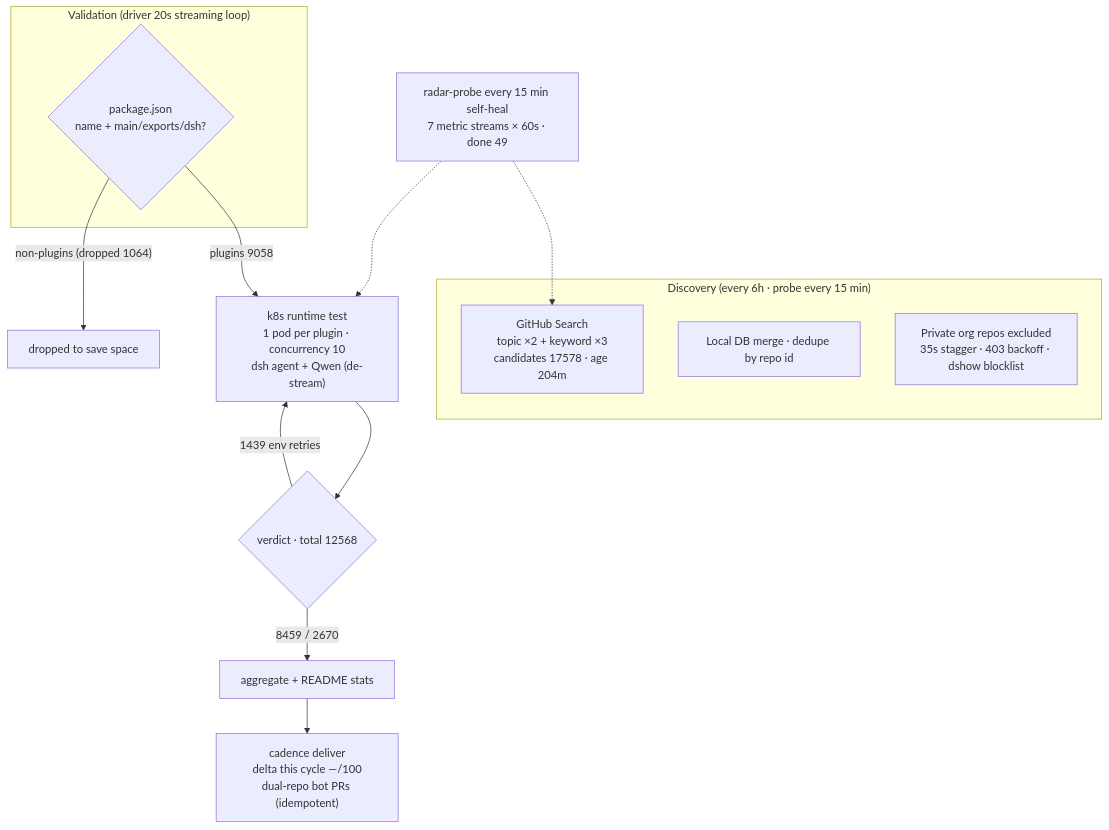
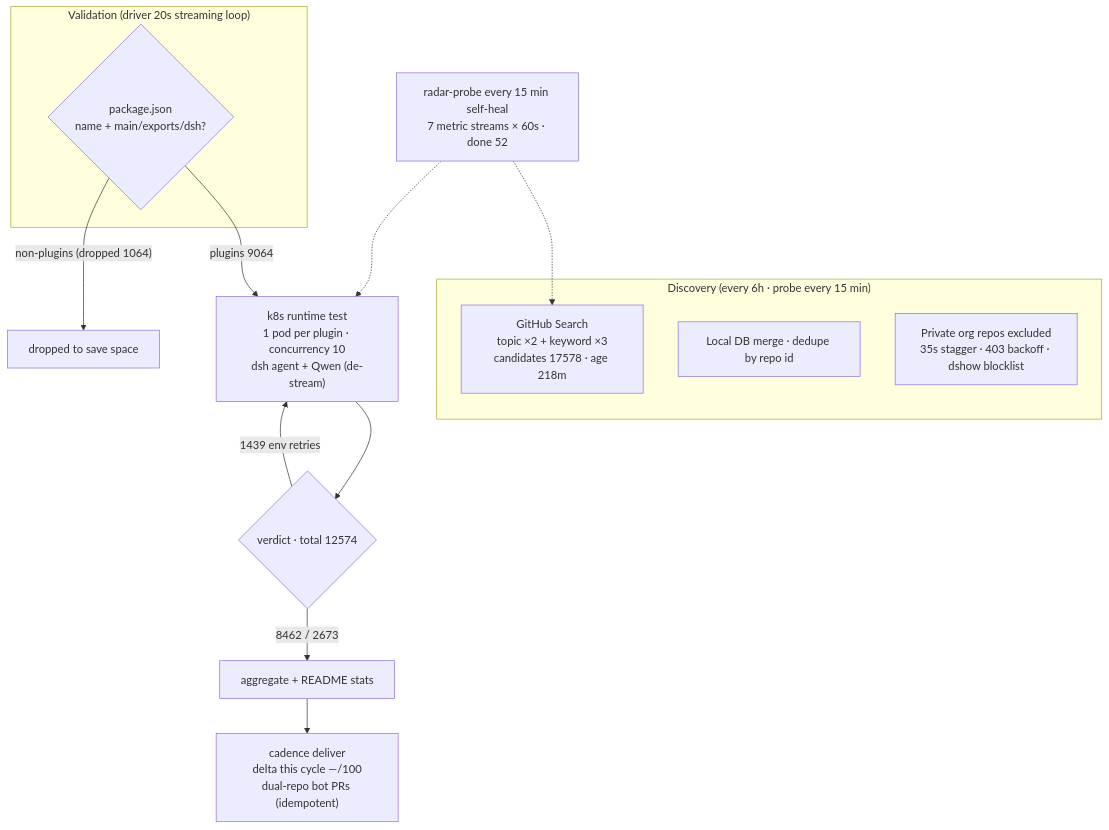
Before and after one commit to AdamPlatin123/awesome-dsh-plugins: the diagram in README.en-US.md, drawn with Mermaid. The commit also changed other lines of this file and 5 other files, not shown here.

````diff
--- a/README.en-US.md
+++ b/README.en-US.md
@@ -45,20 +45,20 @@
 ```mermaid
 flowchart TB
     subgraph Discovery["Discovery (every 6h · probe every 15 min)"]
-        A1["GitHub Search<br/>topic ×2 + keyword ×3<br/>candidates 17578 · age 204m"]
+        A1["GitHub Search<br/>topic ×2 + keyword ×3<br/>candidates 17578 · age 218m"]
         A2["Local DB merge · dedupe by repo id"]
         A3["Private org repos excluded<br/>35s stagger · 403 backoff · dshow blocklist"]
     end
     subgraph Validation["Validation (driver 20s streaming loop)"]
         B1{"package.json<br/>name + main/exports/dsh?"}
     end
-    B1 -->|"plugins 9058"| C1["k8s runtime test<br/>1 pod per plugin · concurrency 10<br/>dsh agent + Qwen (de-stream)"]
+    B1 -->|"plugins 9064"| C1["k8s runtime test<br/>1 pod per plugin · concurrency 10<br/>dsh agent + Qwen (de-stream)"]
     B1 -->|"non-plugins (dropped 1064)"| B3["dropped to save space"]
-    C1 --> D1{"verdict · total 12568"}
-    D1 -->|"8459 / 2670"| E1["aggregate + README stats"]
+    C1 --> D1{"verdict · total 12574"}
+    D1 -->|"8462 / 2673"| E1["aggregate + README stats"]
     D1 -->|"1439 env retries"| C1
     E1 --> E2["cadence deliver<br/>delta this cycle —/100<br/>dual-repo bot PRs (idempotent)"]
-    M["radar-probe every 15 min self-heal<br/>7 metric streams × 60s · done 49"]
+    M["radar-probe every 15 min self-heal<br/>7 metric streams × 60s · done 52"]
     M -.-> A1
     M -.-> C1
 ```
````
